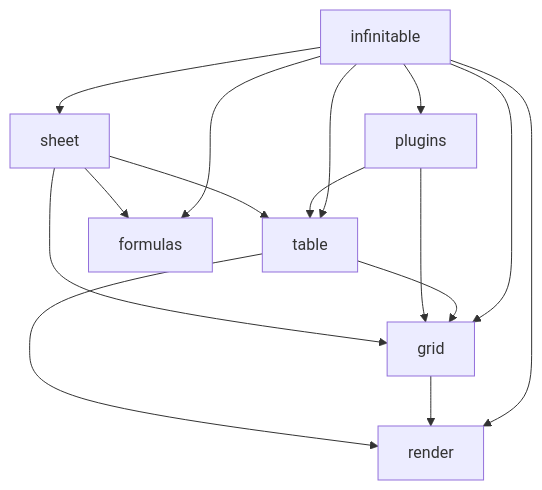
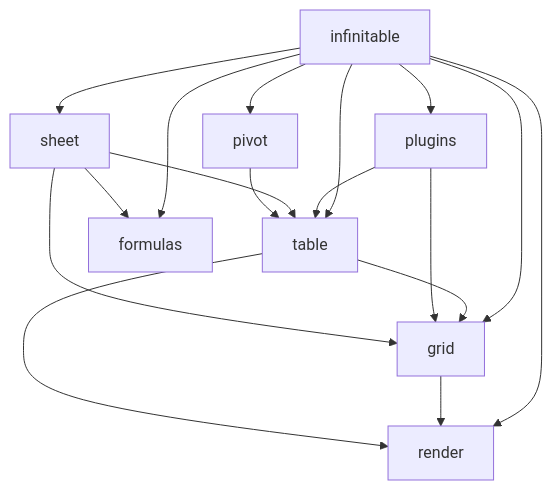
The second of 2 diagrams in website/guide/architecture.md (cabinet-fe/infinite-table), drawn with Mermaid before and after one commit. The commit also changed other lines of this file and 17 other files, not shown here.

````diff
--- a/website/guide/architecture.md
+++ b/website/guide/architecture.md
@@ -64,17 +65,19 @@
 ```mermaid
 graph TD
   infinitable --> render
   infinitable --> grid
   infinitable --> table
   infinitable --> formulas
   infinitable --> plugins
   infinitable --> sheet
+  infinitable --> pivot
   grid --> render
   table --> grid
   table --> render
   plugins --> table
   plugins --> grid
   sheet --> table
   sheet --> grid
   sheet --> formulas
+  pivot --> table
 ```
````
